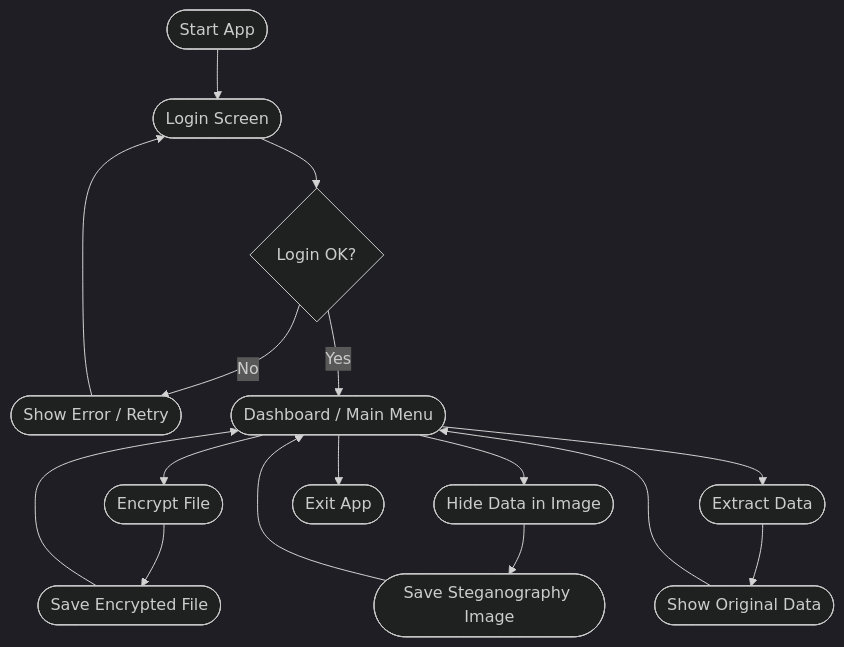
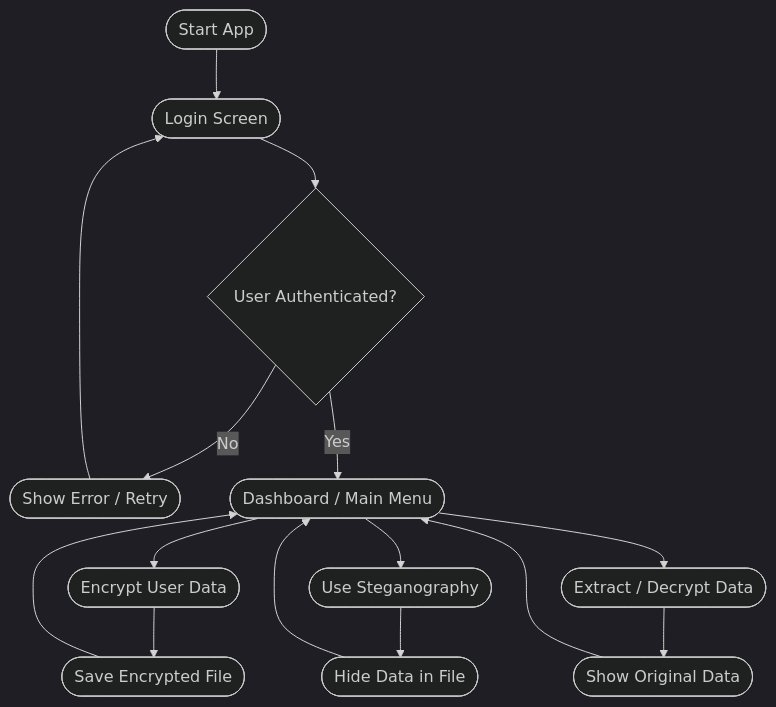
Before and after one commit to Aaronk41/personal-data-security: the diagram in flowchart.mmd, drawn with Mermaid (dark theme). The commit also changed other lines of this file, not shown here.

```diff
--- a/flowchart.mmd
+++ b/flowchart.mmd
@@ -1,13 +1,15 @@
 flowchart TD
     A([Start App]) --> B([Login Screen])
-    B --> C{Login OK?}
+    B --> C{User Authenticated?}
     C -- No --> D([Show Error / Retry])
     D --> B
     C -- Yes --> E([Dashboard / Main Menu])
-    E --> F([Encrypt File])
-    E --> G([Hide Data in Image])
-    E --> H([Extract Data])
-    E --> I([Exit App])
-    F --> J([Save Encrypted File]) --> E
-    G --> K([Save Steganography Image]) --> E
-    H --> L([Show Original Data]) --> E
+    
+    E --> F([Encrypt User Data])
+    F --> G([Save Encrypted File]) --> E
+
+    E --> H([Use Steganography])
+    H --> I([Hide Data in File]) --> E
+
+    E --> J([Extract / Decrypt Data])
+    J --> K([Show Original Data]) --> E
```
